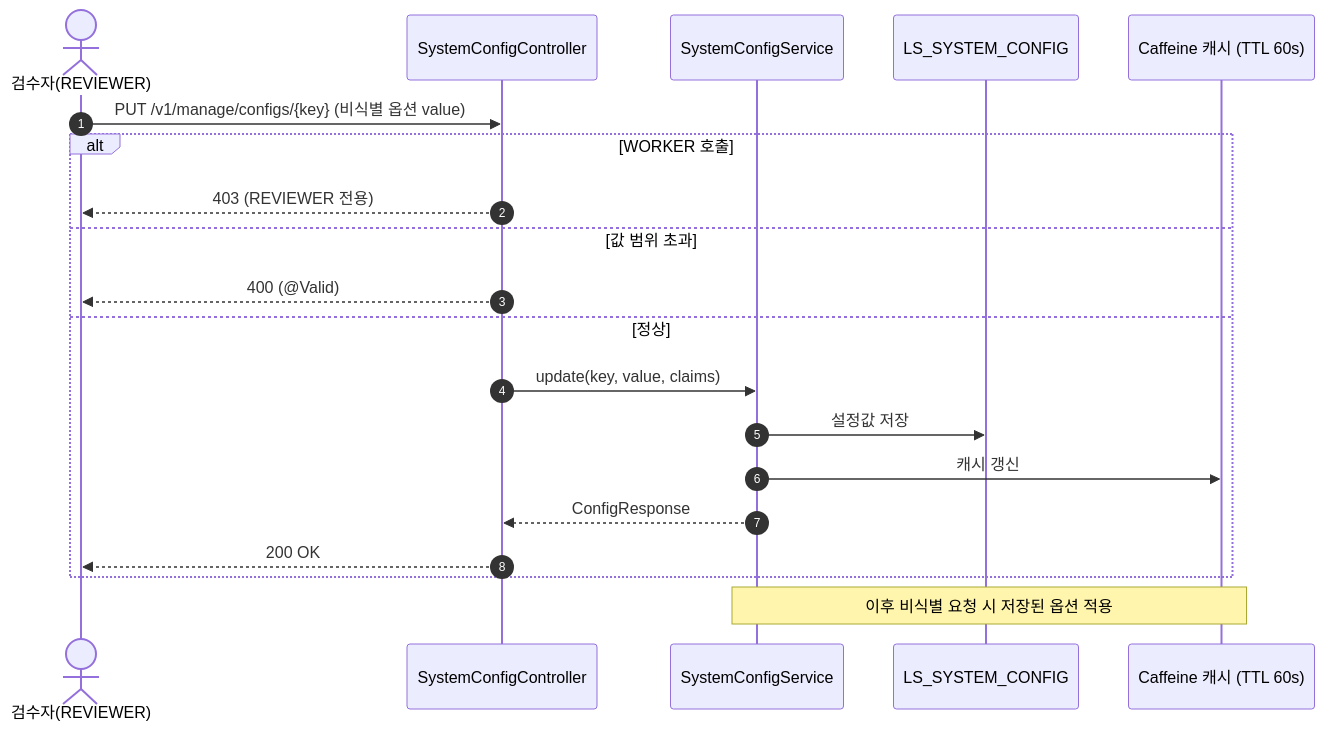
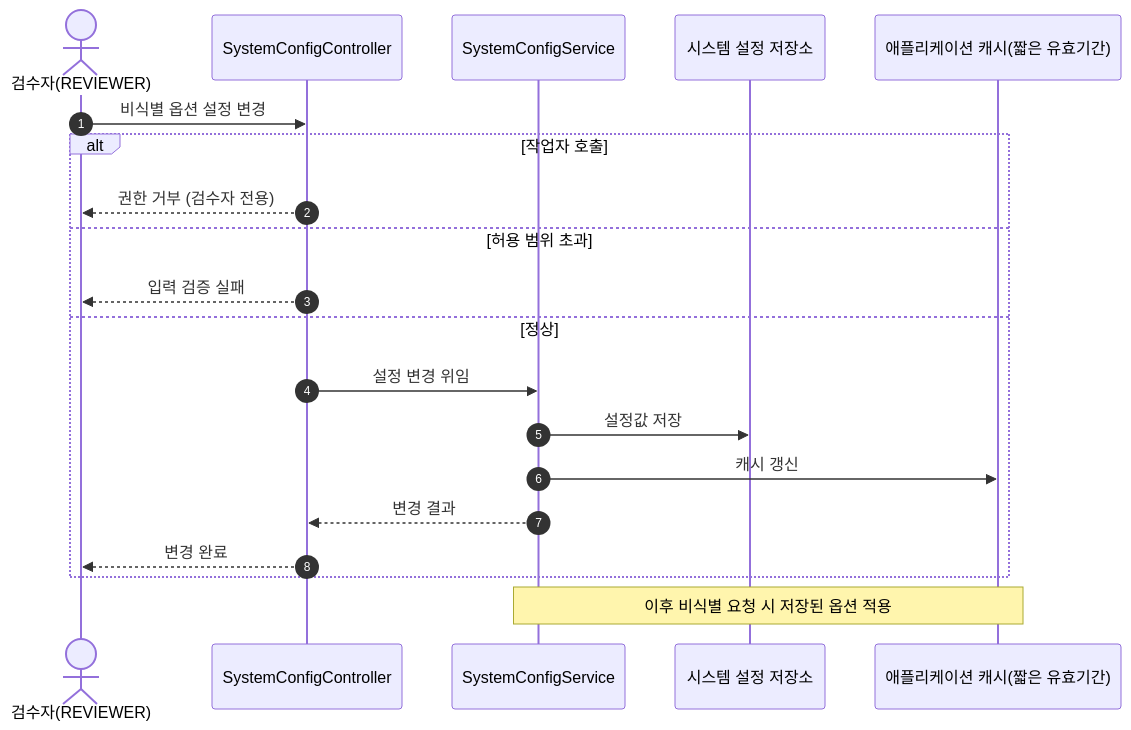
Before and after one commit to New-stella/klid-label: diagram 12 of 26 in docs/design/D1-클래스설계서.md, drawn with Mermaid. The commit also changed other lines of this file and 32 other files, not shown here.

````diff
--- a/docs/design/D1-클래스설계서.md
+++ b/docs/design/D1-클래스설계서.md
@@ -658,22 +633,22 @@
 ```mermaid
 sequenceDiagram
     autonumber
     actor RV as 검수자(REVIEWER)
     participant SCC as SystemConfigController
     participant SCS as SystemConfigService
-    participant DB as LS_SYSTEM_CONFIG
-    participant CA as Caffeine 캐시 (TTL 60s)
-    RV->>SCC: PUT /v1/manage/configs/{key} (비식별 옵션 value)
-    alt WORKER 호출
-        SCC-->>RV: 403 (REVIEWER 전용)
-    else 값 범위 초과
-        SCC-->>RV: 400 (@Valid)
+    participant DB as 시스템 설정 저장소
+    participant CA as 애플리케이션 캐시(짧은 유효기간)
+    RV->>SCC: 비식별 옵션 설정 변경
+    alt 작업자 호출
+        SCC-->>RV: 권한 거부 (검수자 전용)
+    else 허용 범위 초과
+        SCC-->>RV: 입력 검증 실패
     else 정상
-        SCC->>SCS: update(key, value, claims)
+        SCC->>SCS: 설정 변경 위임
         SCS->>DB: 설정값 저장
         SCS->>CA: 캐시 갱신
-        SCS-->>SCC: ConfigResponse
-        SCC-->>RV: 200 OK
+        SCS-->>SCC: 변경 결과
+        SCC-->>RV: 변경 완료
     end
     Note over SCS,CA: 이후 비식별 요청 시 저장된 옵션 적용
 ```
````
